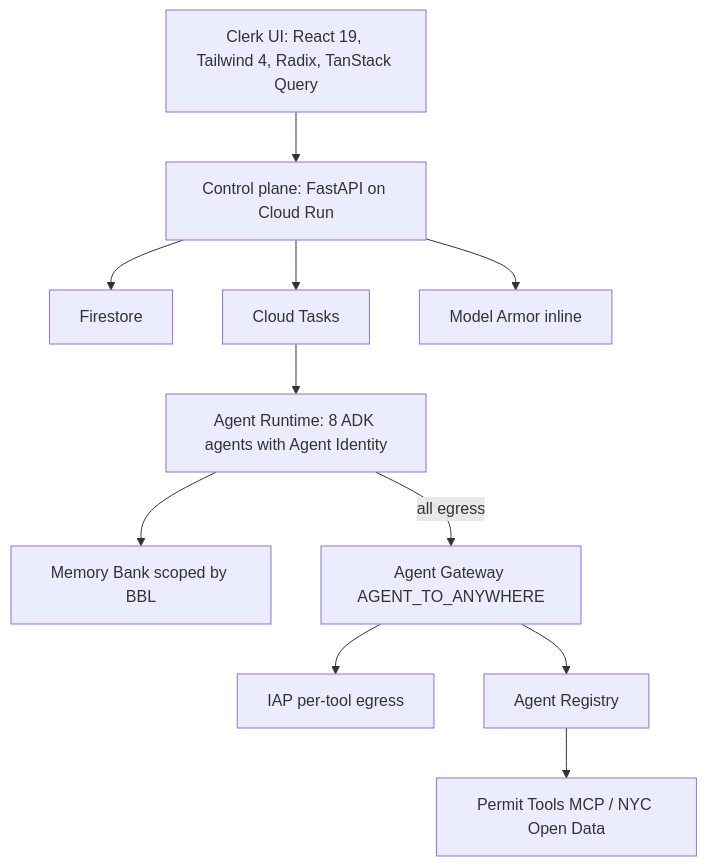
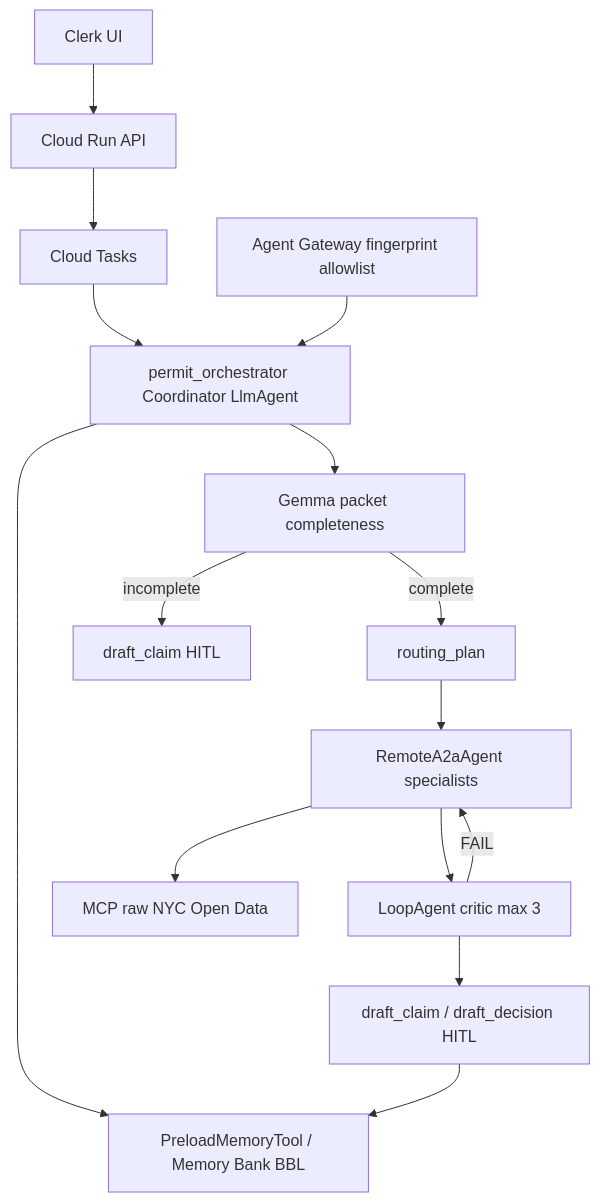
Before and after one commit to Satianurag/permit-pilot: the diagram in README.md, drawn with Mermaid. The commit also changed other lines of this file and 52 other files, not shown here.

First line of the commit message:
Ship the A2A coordinator fleet: completeness gate, routing plan, and HITL.

````diff
--- a/README.md
+++ b/README.md
@@ -18,25 +20,17 @@
 ```mermaid
 flowchart TB
-  UI["Clerk UI: React 19, Tailwind 4, Radix, TanStack Query"]
-  CP["Control plane: FastAPI on Cloud Run"]
-  FS["Firestore"]
-  CT["Cloud Tasks"]
-  MA1["Model Armor inline"]
-  AR["Agent Runtime: 8 ADK agents with Agent Identity"]
-  MB["Memory Bank scoped by BBL"]
-  AGW["Agent Gateway AGENT_TO_ANYWHERE"]
-  IAP["IAP per-tool egress"]
-  REG["Agent Registry"]
-  MCP["Permit Tools MCP / NYC Open Data"]
-
-  UI --> CP
-  CP --> FS
-  CP --> CT
-  CP --> MA1
-  CT --> AR
-  AR --> MB
-  AR -->|"all egress"| AGW
-  AGW --> IAP
-  AGW --> REG
-  REG --> MCP
+  UI["Clerk UI"] --> API["Cloud Run API"]
+  API --> CT["Cloud Tasks"]
+  CT --> Coord["permit_orchestrator Coordinator LlmAgent"]
+  Coord --> Mem["PreloadMemoryTool / Memory Bank BBL"]
+  Coord --> Gemma["Gemma packet completeness"]
+  Gemma -->|incomplete| HitlClaim["draft_claim HITL"]
+  Gemma -->|complete| Plan["routing_plan"]
+  Plan --> A2A["RemoteA2aAgent specialists"]
+  A2A --> MCP["MCP raw NYC Open Data"]
+  A2A --> Loop["LoopAgent critic max 3"]
+  Loop -->|FAIL| A2A
+  Loop --> Hitl["draft_claim / draft_decision HITL"]
+  Hitl --> Mem
+  GW["Agent Gateway fingerprint allowlist"] --> Coord
 ```
````
